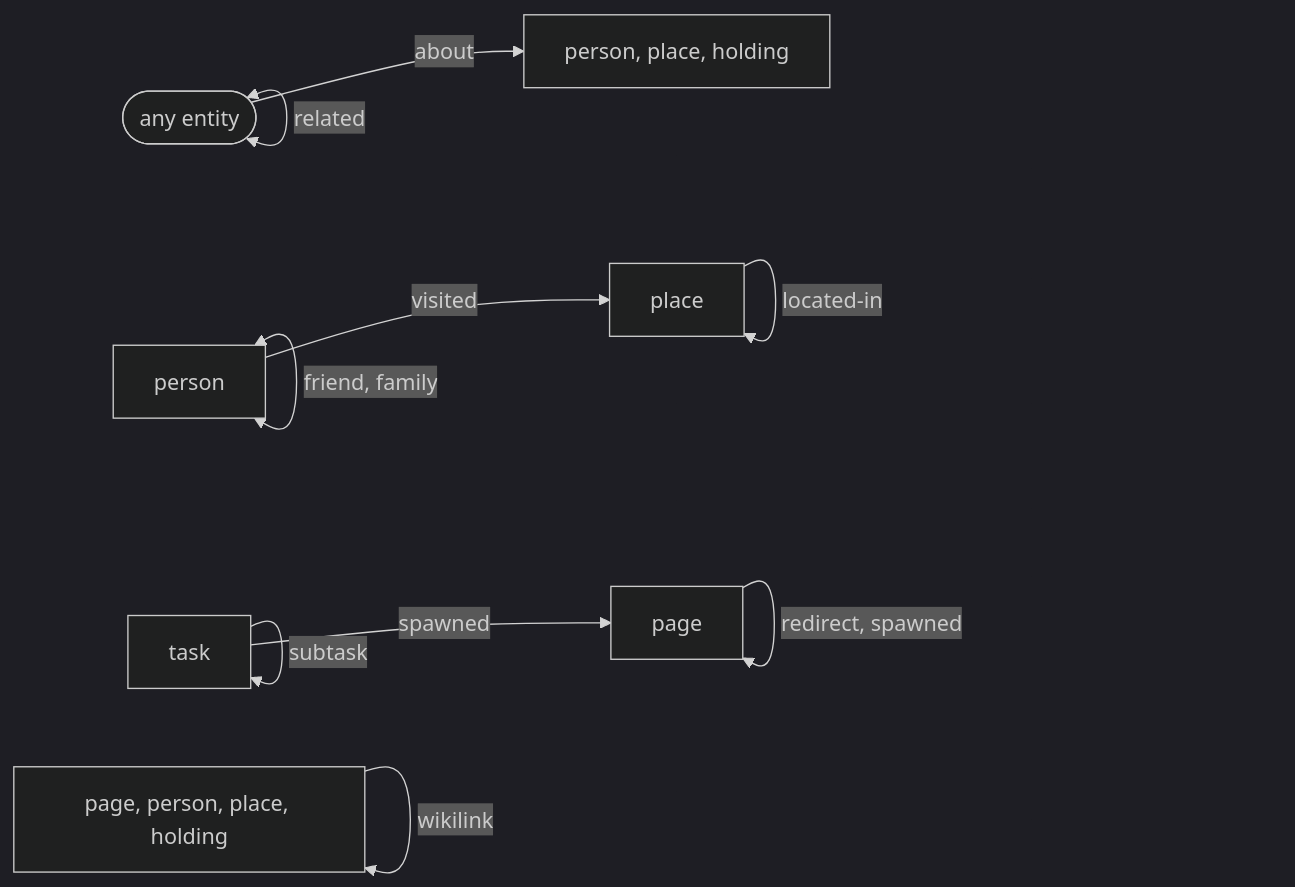
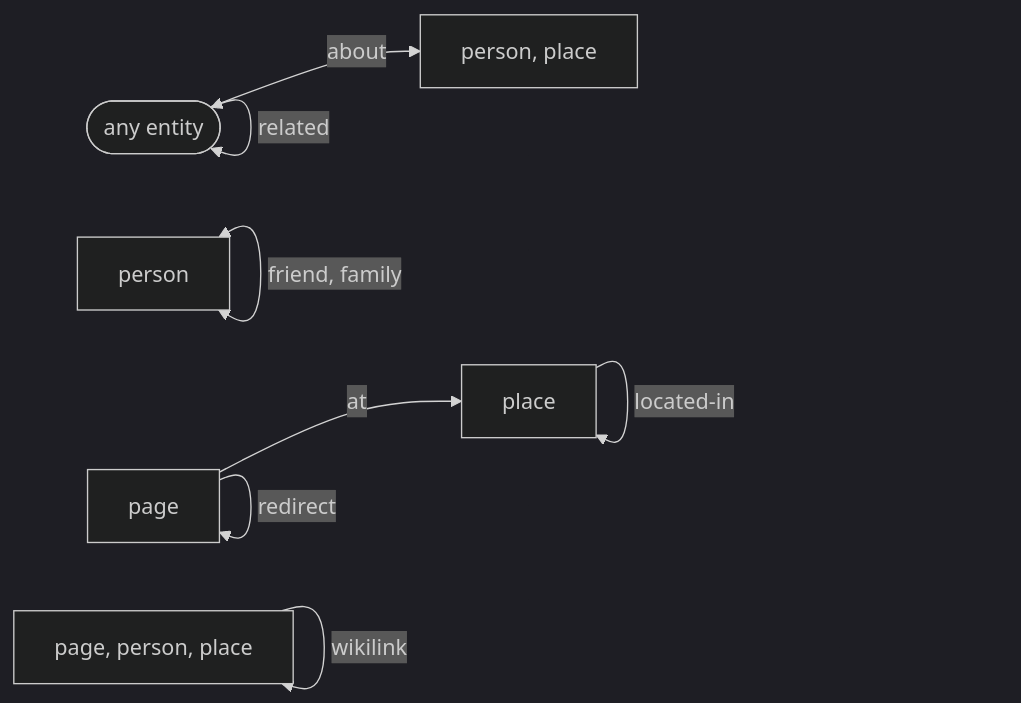
Before and after one commit to alexradunet/lifelogdb: the fifth of 7 diagrams in SCHEMA.md, drawn with Mermaid (dark theme). The commit also changed other lines of this file and 19 other files, not shown here.

First line of the commit message:
SCHEMA.md: a life log, not a project manager — no tasks, money or location tier (D16, D18, D21, D23)

````diff
--- a/SCHEMA.md
+++ b/SCHEMA.md
@@ -1151,22 +920,19 @@
 ```mermaid
 %% diagram: link-map
 flowchart LR
     any(["any entity"])
     person["person"]
     place["place"]
-    task["task"]
     page["page"]
-    named["person, place, holding"]
-    titled["page, person, place, holding"]
+    named["person, place"]
+    titled["page, person, place"]
 
     any -->|"about"| named
     any <-->|"related"| any
-    person -->|"visited"| place
+    page -->|"at"| place
     person -->|"parent-of"| person
     person <-->|"friend, family"| person
     place -->|"located-in"| place
-    task -->|"subtask"| task
-    task -->|"spawned"| page
-    page -->|"redirect, spawned"| page
+    page -->|"redirect"| page
     titled -->|"wikilink"| titled
 ```
````
